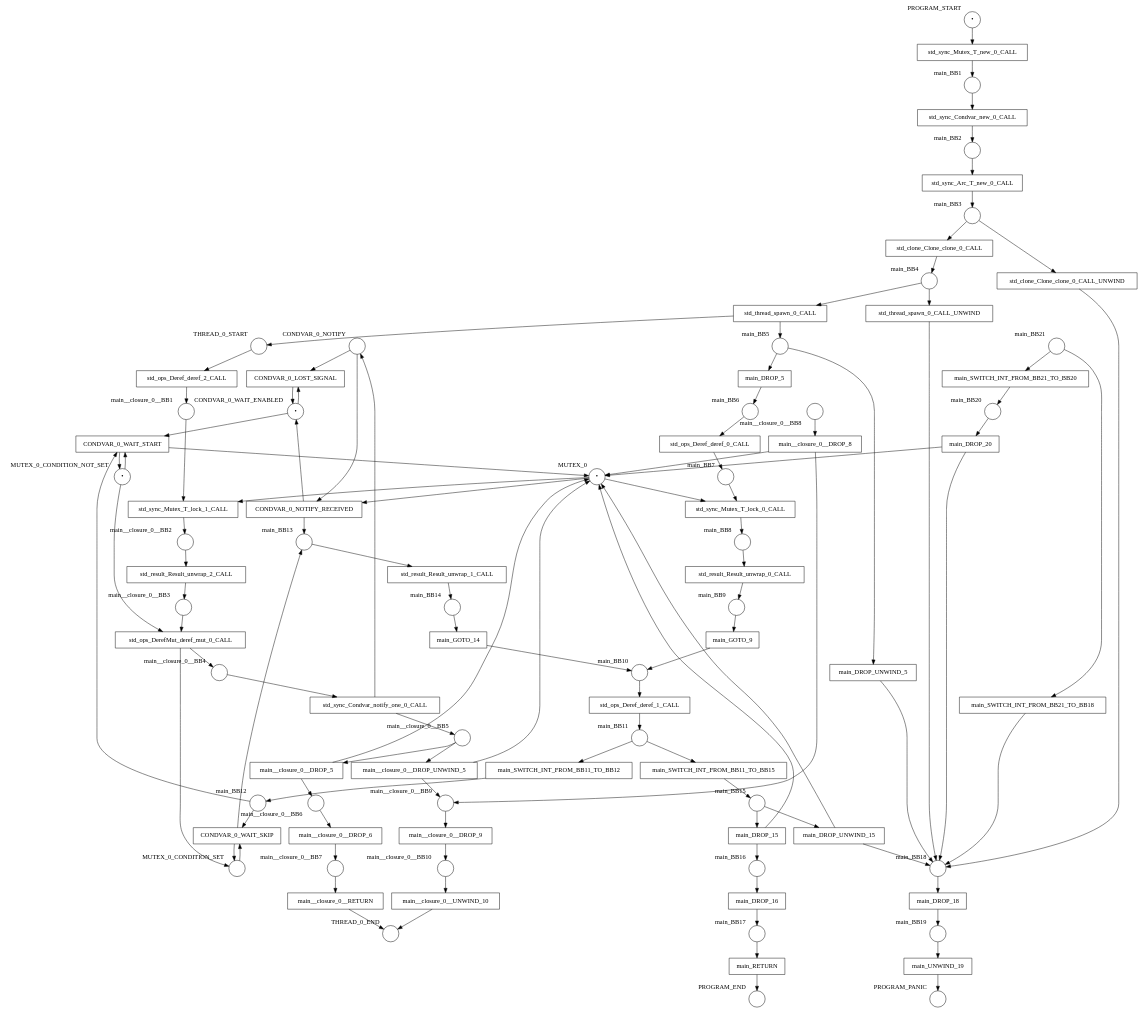
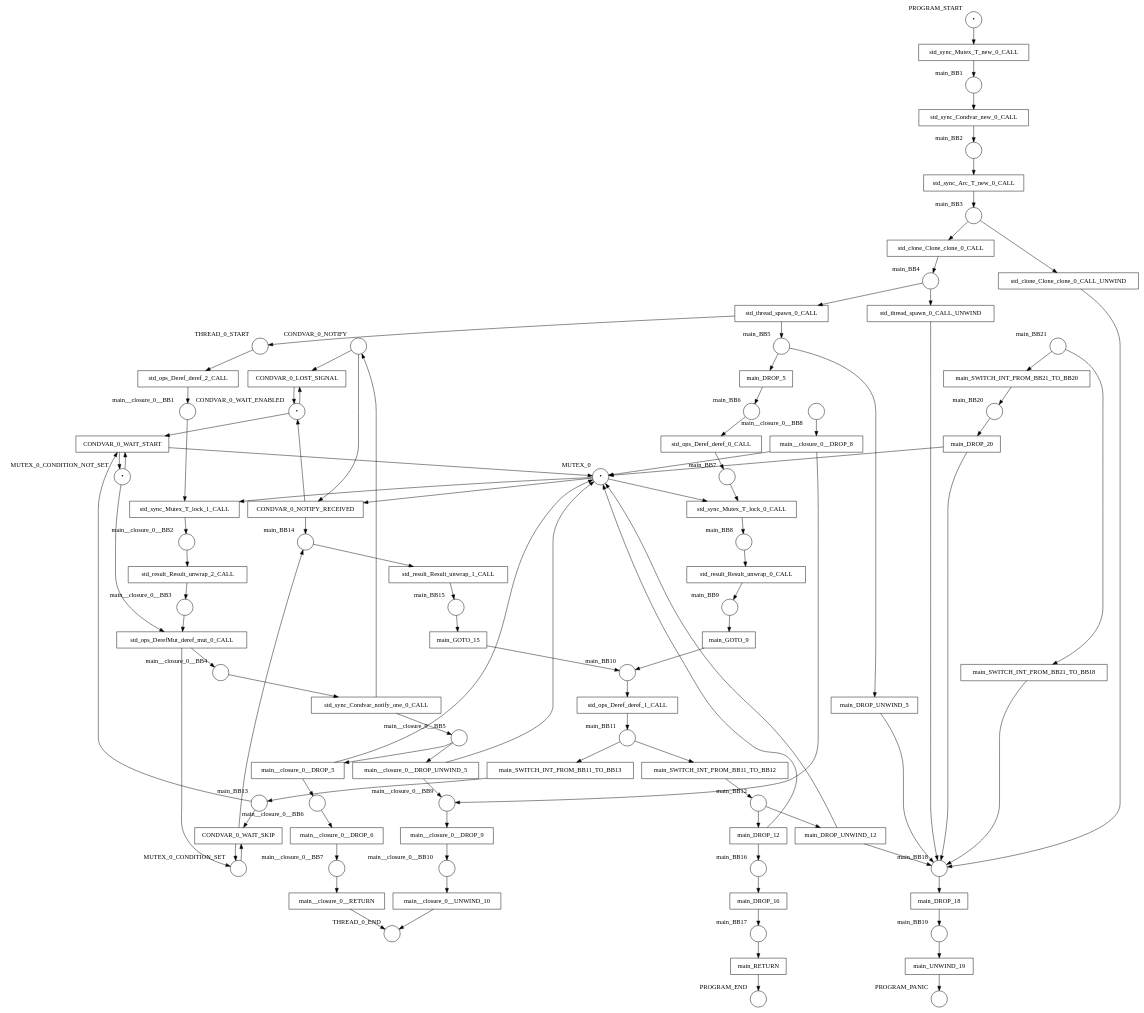
The diagram in examples/results/condvar/wait/net.dot (hlisdero/cargo-check-deadlock), drawn with Graphviz before and after one commit. The commit also changed 5 other files, not shown here.

```diff
--- a/examples/results/condvar/wait/net.dot
+++ b/examples/results/condvar/wait/net.dot
@@ -1,192 +1,192 @@
 digraph petrinet {
     CONDVAR_0_NOTIFY [shape="circle" xlabel="CONDVAR_0_NOTIFY" label=""];
     CONDVAR_0_WAIT_ENABLED [shape="circle" xlabel="CONDVAR_0_WAIT_ENABLED" label="•"];
     MUTEX_0 [shape="circle" xlabel="MUTEX_0" label="•"];
     MUTEX_0_CONDITION_NOT_SET [shape="circle" xlabel="MUTEX_0_CONDITION_NOT_SET" label="•"];
     MUTEX_0_CONDITION_SET [shape="circle" xlabel="MUTEX_0_CONDITION_SET" label=""];
     PROGRAM_END [shape="circle" xlabel="PROGRAM_END" label=""];
     PROGRAM_PANIC [shape="circle" xlabel="PROGRAM_PANIC" label=""];
     PROGRAM_START [shape="circle" xlabel="PROGRAM_START" label="•"];
     THREAD_0_END [shape="circle" xlabel="THREAD_0_END" label=""];
     THREAD_0_START [shape="circle" xlabel="THREAD_0_START" label=""];
     main_BB1 [shape="circle" xlabel="main_BB1" label=""];
     main_BB10 [shape="circle" xlabel="main_BB10" label=""];
     main_BB11 [shape="circle" xlabel="main_BB11" label=""];
     main_BB12 [shape="circle" xlabel="main_BB12" label=""];
     main_BB13 [shape="circle" xlabel="main_BB13" label=""];
     main_BB14 [shape="circle" xlabel="main_BB14" label=""];
     main_BB15 [shape="circle" xlabel="main_BB15" label=""];
     main_BB16 [shape="circle" xlabel="main_BB16" label=""];
     main_BB17 [shape="circle" xlabel="main_BB17" label=""];
     main_BB18 [shape="circle" xlabel="main_BB18" label=""];
     main_BB19 [shape="circle" xlabel="main_BB19" label=""];
     main_BB2 [shape="circle" xlabel="main_BB2" label=""];
     main_BB20 [shape="circle" xlabel="main_BB20" label=""];
     main_BB21 [shape="circle" xlabel="main_BB21" label=""];
     main_BB3 [shape="circle" xlabel="main_BB3" label=""];
     main_BB4 [shape="circle" xlabel="main_BB4" label=""];
     main_BB5 [shape="circle" xlabel="main_BB5" label=""];
     main_BB6 [shape="circle" xlabel="main_BB6" label=""];
     main_BB7 [shape="circle" xlabel="main_BB7" label=""];
     main_BB8 [shape="circle" xlabel="main_BB8" label=""];
     main_BB9 [shape="circle" xlabel="main_BB9" label=""];
     main__closure_0__BB1 [shape="circle" xlabel="main__closure_0__BB1" label=""];
     main__closure_0__BB10 [shape="circle" xlabel="main__closure_0__BB10" label=""];
     main__closure_0__BB2 [shape="circle" xlabel="main__closure_0__BB2" label=""];
     main__closure_0__BB3 [shape="circle" xlabel="main__closure_0__BB3" label=""];
     main__closure_0__BB4 [shape="circle" xlabel="main__closure_0__BB4" label=""];
     main__closure_0__BB5 [shape="circle" xlabel="main__closure_0__BB5" label=""];
     main__closure_0__BB6 [shape="circle" xlabel="main__closure_0__BB6" label=""];
     main__closure_0__BB7 [shape="circle" xlabel="main__closure_0__BB7" label=""];
     main__closure_0__BB8 [shape="circle" xlabel="main__closure_0__BB8" label=""];
     main__closure_0__BB9 [shape="circle" xlabel="main__closure_0__BB9" label=""];
     CONDVAR_0_LOST_SIGNAL [shape="box" xlabel="" label="CONDVAR_0_LOST_SIGNAL"];
     CONDVAR_0_NOTIFY_RECEIVED [shape="box" xlabel="" label="CONDVAR_0_NOTIFY_RECEIVED"];
     CONDVAR_0_WAIT_SKIP [shape="box" xlabel="" label="CONDVAR_0_WAIT_SKIP"];
     CONDVAR_0_WAIT_START [shape="box" xlabel="" label="CONDVAR_0_WAIT_START"];
-    main_DROP_15 [shape="box" xlabel="" label="main_DROP_15"];
+    main_DROP_12 [shape="box" xlabel="" label="main_DROP_12"];
     main_DROP_16 [shape="box" xlabel="" label="main_DROP_16"];
     main_DROP_18 [shape="box" xlabel="" label="main_DROP_18"];
     main_DROP_20 [shape="box" xlabel="" label="main_DROP_20"];
     main_DROP_5 [shape="box" xlabel="" label="main_DROP_5"];
-    main_DROP_UNWIND_15 [shape="box" xlabel="" label="main_DROP_UNWIND_15"];
+    main_DROP_UNWIND_12 [shape="box" xlabel="" label="main_DROP_UNWIND_12"];
     main_DROP_UNWIND_5 [shape="box" xlabel="" label="main_DROP_UNWIND_5"];
-    main_GOTO_14 [shape="box" xlabel="" label="main_GOTO_14"];
+    main_GOTO_15 [shape="box" xlabel="" label="main_GOTO_15"];
     main_GOTO_9 [shape="box" xlabel="" label="main_GOTO_9"];
     main_RETURN [shape="box" xlabel="" label="main_RETURN"];
     main_SWITCH_INT_FROM_BB11_TO_BB12 [shape="box" xlabel="" label="main_SWITCH_INT_FROM_BB11_TO_BB12"];
-    main_SWITCH_INT_FROM_BB11_TO_BB15 [shape="box" xlabel="" label="main_SWITCH_INT_FROM_BB11_TO_BB15"];
+    main_SWITCH_INT_FROM_BB11_TO_BB13 [shape="box" xlabel="" label="main_SWITCH_INT_FROM_BB11_TO_BB13"];
     main_SWITCH_INT_FROM_BB21_TO_BB18 [shape="box" xlabel="" label="main_SWITCH_INT_FROM_BB21_TO_BB18"];
     main_SWITCH_INT_FROM_BB21_TO_BB20 [shape="box" xlabel="" label="main_SWITCH_INT_FROM_BB21_TO_BB20"];
     main_UNWIND_19 [shape="box" xlabel="" label="main_UNWIND_19"];
     main__closure_0__DROP_5 [shape="box" xlabel="" label="main__closure_0__DROP_5"];
     main__closure_0__DROP_6 [shape="box" xlabel="" label="main__closure_0__DROP_6"];
     main__closure_0__DROP_8 [shape="box" xlabel="" label="main__closure_0__DROP_8"];
     main__closure_0__DROP_9 [shape="box" xlabel="" label="main__closure_0__DROP_9"];
     main__closure_0__DROP_UNWIND_5 [shape="box" xlabel="" label="main__closure_0__DROP_UNWIND_5"];
     main__closure_0__RETURN [shape="box" xlabel="" label="main__closure_0__RETURN"];
     main__closure_0__UNWIND_10 [shape="box" xlabel="" label="main__closure_0__UNWIND_10"];
     std_clone_Clone_clone_0_CALL [shape="box" xlabel="" label="std_clone_Clone_clone_0_CALL"];
     std_clone_Clone_clone_0_CALL_UNWIND [shape="box" xlabel="" label="std_clone_Clone_clone_0_CALL_UNWIND"];
     std_ops_DerefMut_deref_mut_0_CALL [shape="box" xlabel="" label="std_ops_DerefMut_deref_mut_0_CALL"];
     std_ops_Deref_deref_0_CALL [shape="box" xlabel="" label="std_ops_Deref_deref_0_CALL"];
     std_ops_Deref_deref_1_CALL [shape="box" xlabel="" label="std_ops_Deref_deref_1_CALL"];
     std_ops_Deref_deref_2_CALL [shape="box" xlabel="" label="std_ops_Deref_deref_2_CALL"];
     std_result_Result_unwrap_0_CALL [shape="box" xlabel="" label="std_result_Result_unwrap_0_CALL"];
     std_result_Result_unwrap_1_CALL [shape="box" xlabel="" label="std_result_Result_unwrap_1_CALL"];
     std_result_Result_unwrap_2_CALL [shape="box" xlabel="" label="std_result_Result_unwrap_2_CALL"];
     std_sync_Arc_T_new_0_CALL [shape="box" xlabel="" label="std_sync_Arc_T_new_0_CALL"];
     std_sync_Condvar_new_0_CALL [shape="box" xlabel="" label="std_sync_Condvar_new_0_CALL"];
     std_sync_Condvar_notify_one_0_CALL [shape="box" xlabel="" label="std_sync_Condvar_notify_one_0_CALL"];
     std_sync_Mutex_T_lock_0_CALL [shape="box" xlabel="" label="std_sync_Mutex_T_lock_0_CALL"];
     std_sync_Mutex_T_lock_1_CALL [shape="box" xlabel="" label="std_sync_Mutex_T_lock_1_CALL"];
     std_sync_Mutex_T_new_0_CALL [shape="box" xlabel="" label="std_sync_Mutex_T_new_0_CALL"];
     std_thread_spawn_0_CALL [shape="box" xlabel="" label="std_thread_spawn_0_CALL"];
     std_thread_spawn_0_CALL_UNWIND [shape="box" xlabel="" label="std_thread_spawn_0_CALL_UNWIND"];
     CONDVAR_0_NOTIFY -> CONDVAR_0_LOST_SIGNAL;
     CONDVAR_0_NOTIFY -> CONDVAR_0_NOTIFY_RECEIVED;
     CONDVAR_0_WAIT_ENABLED -> CONDVAR_0_LOST_SIGNAL;
     CONDVAR_0_WAIT_ENABLED -> CONDVAR_0_WAIT_START;
     MUTEX_0 -> CONDVAR_0_NOTIFY_RECEIVED;
     MUTEX_0 -> std_sync_Mutex_T_lock_0_CALL;
     MUTEX_0 -> std_sync_Mutex_T_lock_1_CALL;
     MUTEX_0_CONDITION_NOT_SET -> CONDVAR_0_WAIT_START;
     MUTEX_0_CONDITION_NOT_SET -> std_ops_DerefMut_deref_mut_0_CALL;
     MUTEX_0_CONDITION_SET -> CONDVAR_0_WAIT_SKIP;
     PROGRAM_START -> std_sync_Mutex_T_new_0_CALL;
     THREAD_0_START -> std_ops_Deref_deref_2_CALL;
     main_BB1 -> std_sync_Condvar_new_0_CALL;
     main_BB10 -> std_ops_Deref_deref_1_CALL;
     main_BB11 -> main_SWITCH_INT_FROM_BB11_TO_BB12;
-    main_BB11 -> main_SWITCH_INT_FROM_BB11_TO_BB15;
-    main_BB12 -> CONDVAR_0_WAIT_SKIP;
-    main_BB12 -> CONDVAR_0_WAIT_START;
-    main_BB13 -> std_result_Result_unwrap_1_CALL;
-    main_BB14 -> main_GOTO_14;
-    main_BB15 -> main_DROP_15;
-    main_BB15 -> main_DROP_UNWIND_15;
+    main_BB11 -> main_SWITCH_INT_FROM_BB11_TO_BB13;
+    main_BB12 -> main_DROP_12;
+    main_BB12 -> main_DROP_UNWIND_12;
+    main_BB13 -> CONDVAR_0_WAIT_SKIP;
+    main_BB13 -> CONDVAR_0_WAIT_START;
+    main_BB14 -> std_result_Result_unwrap_1_CALL;
+    main_BB15 -> main_GOTO_15;
     main_BB16 -> main_DROP_16;
     main_BB17 -> main_RETURN;
     main_BB18 -> main_DROP_18;
     main_BB19 -> main_UNWIND_19;
     main_BB2 -> std_sync_Arc_T_new_0_CALL;
     main_BB20 -> main_DROP_20;
     main_BB21 -> main_SWITCH_INT_FROM_BB21_TO_BB18;
     main_BB21 -> main_SWITCH_INT_FROM_BB21_TO_BB20;
     main_BB3 -> std_clone_Clone_clone_0_CALL;
     main_BB3 -> std_clone_Clone_clone_0_CALL_UNWIND;
     main_BB4 -> std_thread_spawn_0_CALL;
     main_BB4 -> std_thread_spawn_0_CALL_UNWIND;
     main_BB5 -> main_DROP_5;
     main_BB5 -> main_DROP_UNWIND_5;
     main_BB6 -> std_ops_Deref_deref_0_CALL;
     main_BB7 -> std_sync_Mutex_T_lock_0_CALL;
     main_BB8 -> std_result_Result_unwrap_0_CALL;
     main_BB9 -> main_GOTO_9;
     main__closure_0__BB1 -> std_sync_Mutex_T_lock_1_CALL;
     main__closure_0__BB10 -> main__closure_0__UNWIND_10;
     main__closure_0__BB2 -> std_result_Result_unwrap_2_CALL;
     main__closure_0__BB3 -> std_ops_DerefMut_deref_mut_0_CALL;
     main__closure_0__BB4 -> std_sync_Condvar_notify_one_0_CALL;
     main__closure_0__BB5 -> main__closure_0__DROP_5;
     main__closure_0__BB5 -> main__closure_0__DROP_UNWIND_5;
     main__closure_0__BB6 -> main__closure_0__DROP_6;
     main__closure_0__BB7 -> main__closure_0__RETURN;
     main__closure_0__BB8 -> main__closure_0__DROP_8;
     main__closure_0__BB9 -> main__closure_0__DROP_9;
     CONDVAR_0_LOST_SIGNAL -> CONDVAR_0_WAIT_ENABLED;
     CONDVAR_0_NOTIFY_RECEIVED -> CONDVAR_0_WAIT_ENABLED;
-    CONDVAR_0_NOTIFY_RECEIVED -> main_BB13;
+    CONDVAR_0_NOTIFY_RECEIVED -> main_BB14;
     CONDVAR_0_WAIT_SKIP -> MUTEX_0_CONDITION_SET;
-    CONDVAR_0_WAIT_SKIP -> main_BB13;
+    CONDVAR_0_WAIT_SKIP -> main_BB14;
     CONDVAR_0_WAIT_START -> MUTEX_0;
     CONDVAR_0_WAIT_START -> MUTEX_0_CONDITION_NOT_SET;
-    main_DROP_15 -> MUTEX_0;
-    main_DROP_15 -> main_BB16;
+    main_DROP_12 -> MUTEX_0;
+    main_DROP_12 -> main_BB16;
     main_DROP_16 -> main_BB17;
     main_DROP_18 -> main_BB19;
     main_DROP_20 -> MUTEX_0;
     main_DROP_20 -> main_BB18;
     main_DROP_5 -> main_BB6;
-    main_DROP_UNWIND_15 -> MUTEX_0;
-    main_DROP_UNWIND_15 -> main_BB18;
+    main_DROP_UNWIND_12 -> MUTEX_0;
+    main_DROP_UNWIND_12 -> main_BB18;
     main_DROP_UNWIND_5 -> main_BB18;
-    main_GOTO_14 -> main_BB10;
+    main_GOTO_15 -> main_BB10;
     main_GOTO_9 -> main_BB10;
     main_RETURN -> PROGRAM_END;
     main_SWITCH_INT_FROM_BB11_TO_BB12 -> main_BB12;
-    main_SWITCH_INT_FROM_BB11_TO_BB15 -> main_BB15;
+    main_SWITCH_INT_FROM_BB11_TO_BB13 -> main_BB13;
     main_SWITCH_INT_FROM_BB21_TO_BB18 -> main_BB18;
     main_SWITCH_INT_FROM_BB21_TO_BB20 -> main_BB20;
     main_UNWIND_19 -> PROGRAM_PANIC;
     main__closure_0__DROP_5 -> MUTEX_0;
     main__closure_0__DROP_5 -> main__closure_0__BB6;
     main__closure_0__DROP_6 -> main__closure_0__BB7;
     main__closure_0__DROP_8 -> MUTEX_0;
     main__closure_0__DROP_8 -> main__closure_0__BB9;
     main__closure_0__DROP_9 -> main__closure_0__BB10;
     main__closure_0__DROP_UNWIND_5 -> MUTEX_0;
     main__closure_0__DROP_UNWIND_5 -> main__closure_0__BB9;
     main__closure_0__RETURN -> THREAD_0_END;
     main__closure_0__UNWIND_10 -> THREAD_0_END;
     std_clone_Clone_clone_0_CALL -> main_BB4;
     std_clone_Clone_clone_0_CALL_UNWIND -> main_BB18;
     std_ops_DerefMut_deref_mut_0_CALL -> MUTEX_0_CONDITION_SET;
     std_ops_DerefMut_deref_mut_0_CALL -> main__closure_0__BB4;
     std_ops_Deref_deref_0_CALL -> main_BB7;
     std_ops_Deref_deref_1_CALL -> main_BB11;
     std_ops_Deref_deref_2_CALL -> main__closure_0__BB1;
     std_result_Result_unwrap_0_CALL -> main_BB9;
-    std_result_Result_unwrap_1_CALL -> main_BB14;
+    std_result_Result_unwrap_1_CALL -> main_BB15;
     std_result_Result_unwrap_2_CALL -> main__closure_0__BB3;
     std_sync_Arc_T_new_0_CALL -> main_BB3;
     std_sync_Condvar_new_0_CALL -> main_BB2;
     std_sync_Condvar_notify_one_0_CALL -> CONDVAR_0_NOTIFY;
     std_sync_Condvar_notify_one_0_CALL -> main__closure_0__BB5;
     std_sync_Mutex_T_lock_0_CALL -> main_BB8;
     std_sync_Mutex_T_lock_1_CALL -> main__closure_0__BB2;
     std_sync_Mutex_T_new_0_CALL -> main_BB1;
     std_thread_spawn_0_CALL -> THREAD_0_START;
     std_thread_spawn_0_CALL -> main_BB5;
     std_thread_spawn_0_CALL_UNWIND -> main_BB18;
 }
```
